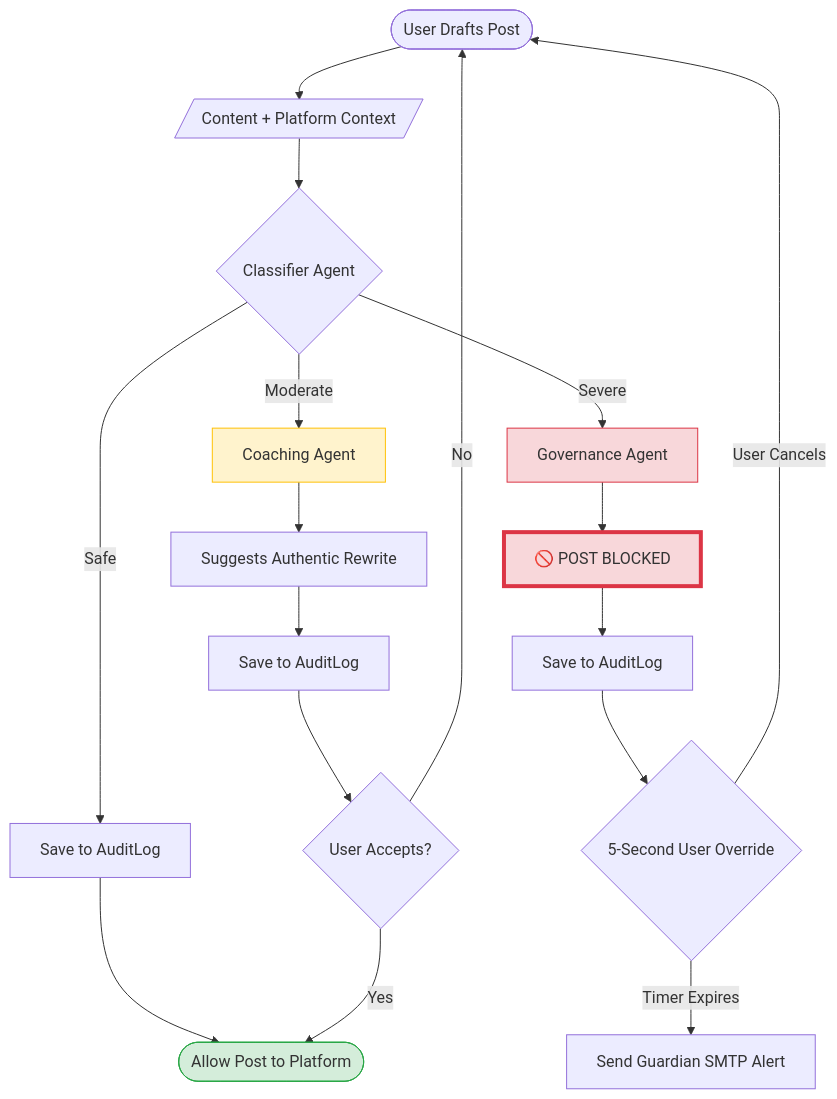
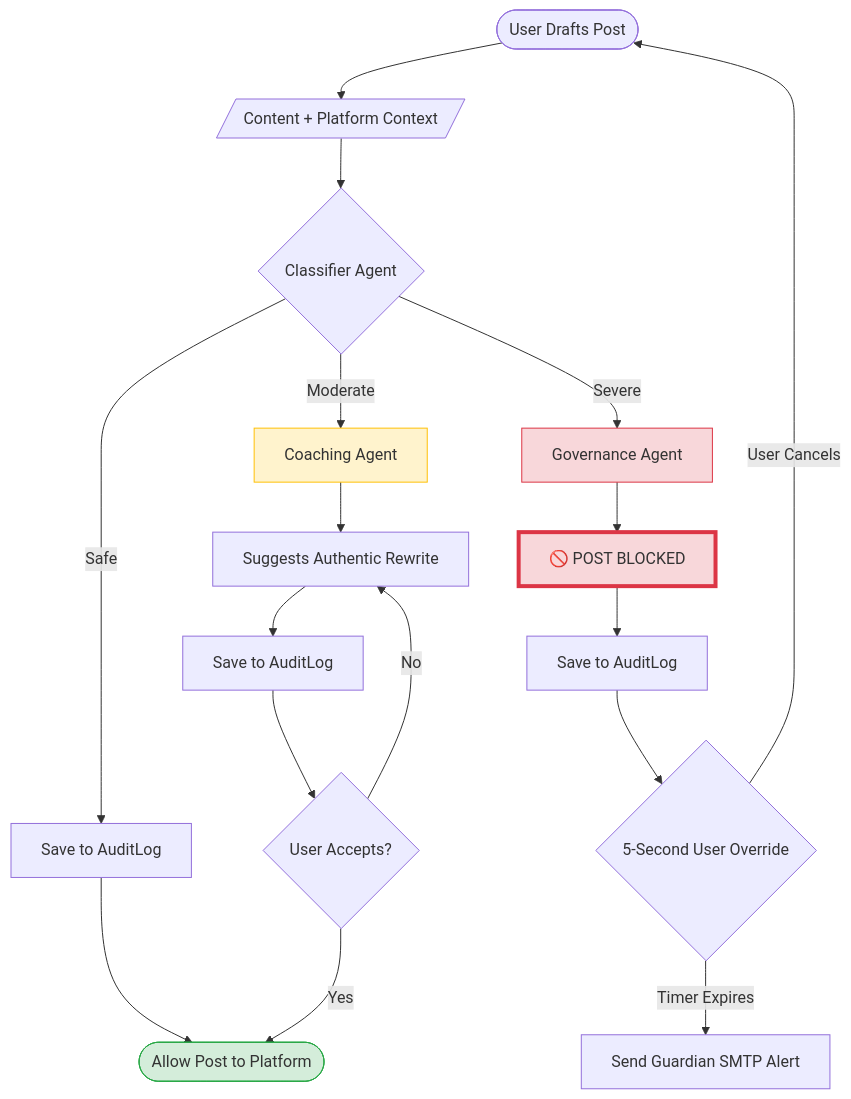
Before and after one commit to asaikavya/MindShield: the diagram in README.md, drawn with Mermaid. The commit also changed other lines of this file, not shown here.

First line of the commit message:
Revise README with team roles and roadmap updates

````diff
--- a/README.md
+++ b/README.md
@@ -169,27 +186,27 @@
 ```mermaid
 flowchart TD
     Start([User Drafts Post]) --> Input[/Content + Platform Context/]
     Input --> Classifier{Classifier Agent}
 
     Classifier -->|Safe| Audit1[Save to AuditLog]
     Audit1 --> Publish([Allow Post to Platform])
     
     Classifier -->|Moderate| Coach[Coaching Agent]
     Coach --> Rewrite[Suggests Authentic Rewrite]
     Rewrite --> Audit2[Save to AuditLog]
     Audit2 --> UserChoice{User Accepts?}
     UserChoice -->|Yes| Publish
-    UserChoice -->|No| Start
+    UserChoice -->|No| Rewrite
 
     Classifier -->|Severe| Governor[Governance Agent]
     Governor --> Block[🚫 POST BLOCKED]
     Block --> Audit3[Save to AuditLog]
     Audit3 --> Timer{5-Second User Override}
     Timer -->|User Cancels| Start
     Timer -->|Timer Expires| Alert[Send Guardian SMTP Alert]
 
     style Publish fill:#d4edda,stroke:#28a745
     style Coach fill:#fff3cd,stroke:#ffc107
     style Governor fill:#f8d7da,stroke:#dc3545
     style Block fill:#f8d7da,stroke:#dc3545,stroke-width:4px
 ```
````
